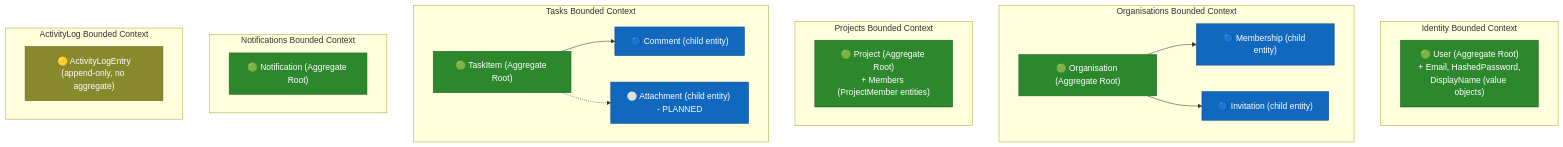
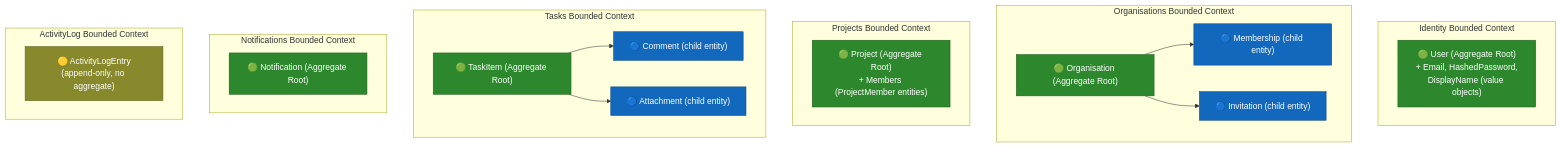
Before and after one commit to mistuhk/FlowBoard: the ninth of 12 diagrams in docs/architecture-diagrams.md, drawn with Mermaid. The commit also changed other lines of this file and 4 other files, not shown here.

````diff
--- a/docs/architecture-diagrams.md
+++ b/docs/architecture-diagrams.md
@@ -494,45 +492,45 @@
 ```mermaid
 graph TB
     subgraph identity_bc[Identity Bounded Context]
         user_agg["🟢 User (Aggregate Root)<br/>+ Email, HashedPassword,<br/>DisplayName (value objects)"]
     end
 
     subgraph orgs_bc[Organisations Bounded Context]
         org_agg["🟢 Organisation (Aggregate Root)"]
         membership["🔵 Membership (child entity)"]
         invitation["🔵 Invitation (child entity)"]
         org_agg --> membership
         org_agg --> invitation
     end
 
     subgraph projects_bc[Projects Bounded Context]
         project_agg["🟢 Project (Aggregate Root)<br/>+ Members (ProjectMember entities)"]
     end
 
     subgraph tasks_bc[Tasks Bounded Context]
         task_agg["🟢 TaskItem (Aggregate Root)"]
         comment["🔵 Comment (child entity)"]
-        attachment["⚪ Attachment (child entity) - PLANNED"]
+        attachment["🔵 Attachment (child entity)"]
         task_agg --> comment
-        task_agg -.-> attachment
+        task_agg --> attachment
     end
 
     subgraph notif_bc[Notifications Bounded Context]
         notif_agg["🟢 Notification (Aggregate Root)"]
     end
 
     subgraph activity_bc[ActivityLog Bounded Context]
         activity_entry["🟡 ActivityLogEntry<br/>(append-only, no aggregate)"]
     end
 
     style user_agg fill:#2d882d,stroke:#1d5c1d,color:#fff
     style org_agg fill:#2d882d,stroke:#1d5c1d,color:#fff
     style project_agg fill:#2d882d,stroke:#1d5c1d,color:#fff
     style task_agg fill:#2d882d,stroke:#1d5c1d,color:#fff
     style notif_agg fill:#2d882d,stroke:#1d5c1d,color:#fff
     style membership fill:#1168bd,stroke:#0b4884,color:#fff
     style invitation fill:#1168bd,stroke:#0b4884,color:#fff
     style comment fill:#1168bd,stroke:#0b4884,color:#fff
     style attachment fill:#1168bd,stroke:#0b4884,color:#fff
     style activity_entry fill:#88882d,stroke:#5c5c1d,color:#fff
 ```
````
